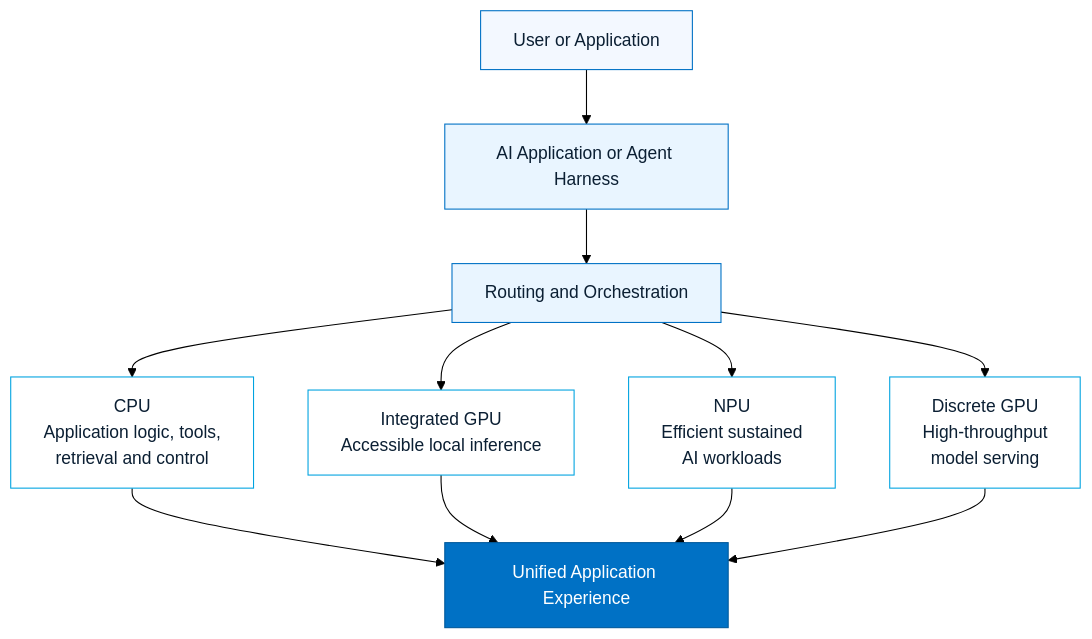
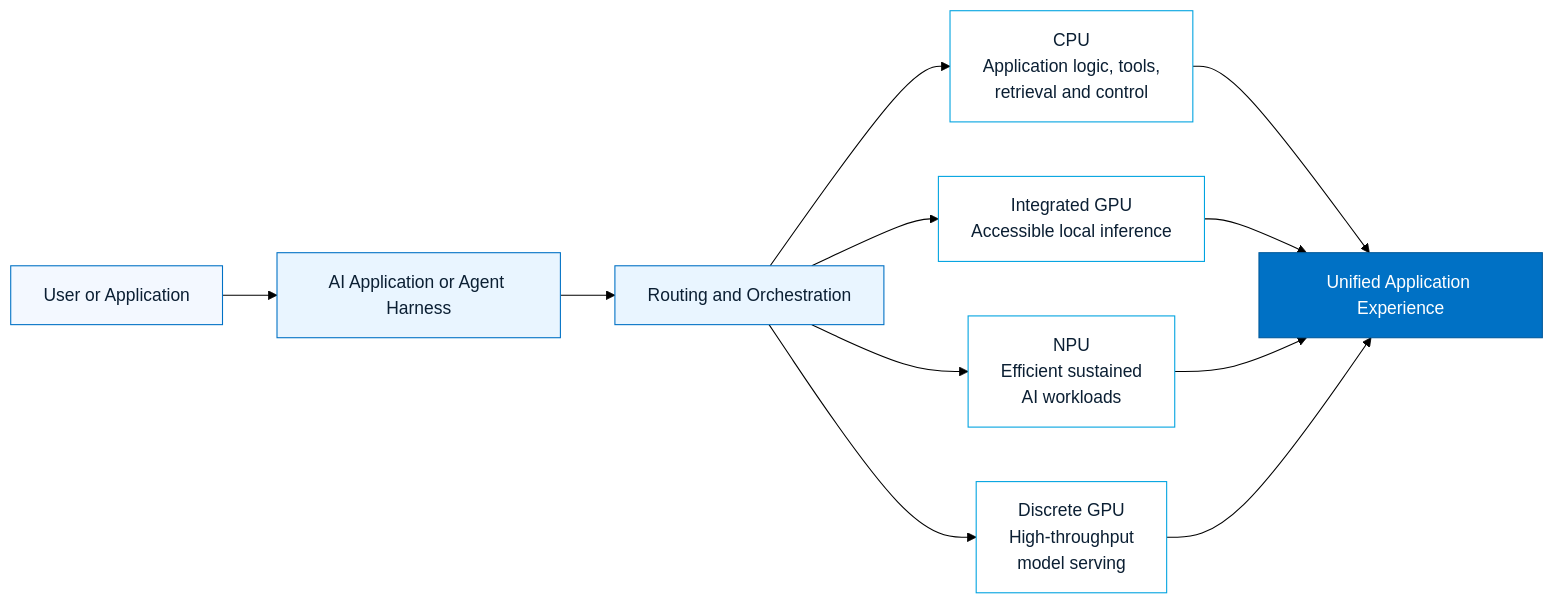
Before and after one commit to malcolmchanhaoxian/Intel-SG-Workshop-2026: the first of 8 diagrams in README.md, drawn with Mermaid (forest theme).

````diff
--- a/README.md
+++ b/README.md
@@ -49,26 +49,26 @@
 ```mermaid
-flowchart TB
+flowchart LR
     U["User or Application"] --> A["AI Application or Agent Harness"]
 
     A --> R["Routing and Orchestration"]
 
     R --> C["CPU<br/>Application logic, tools,<br/>retrieval and control"]
     R --> I["Integrated GPU<br/>Accessible local inference"]
     R --> N["NPU<br/>Efficient sustained<br/>AI workloads"]
     R --> D["Discrete GPU<br/>High-throughput<br/>model serving"]
 
     C --> O["Unified Application Experience"]
     I --> O
     N --> O
     D --> O
 
     classDef user fill:#f3f8ff,stroke:#0071c5,color:#0b1f33;
     classDef software fill:#e9f5ff,stroke:#0071c5,color:#0b1f33;
     classDef compute fill:#ffffff,stroke:#00a3e0,color:#0b1f33;
     classDef outcome fill:#0071c5,stroke:#005a9c,color:#ffffff;
 
     class U user;
     class A,R software;
     class C,I,N,D compute;
     class O outcome;
 ```
````
